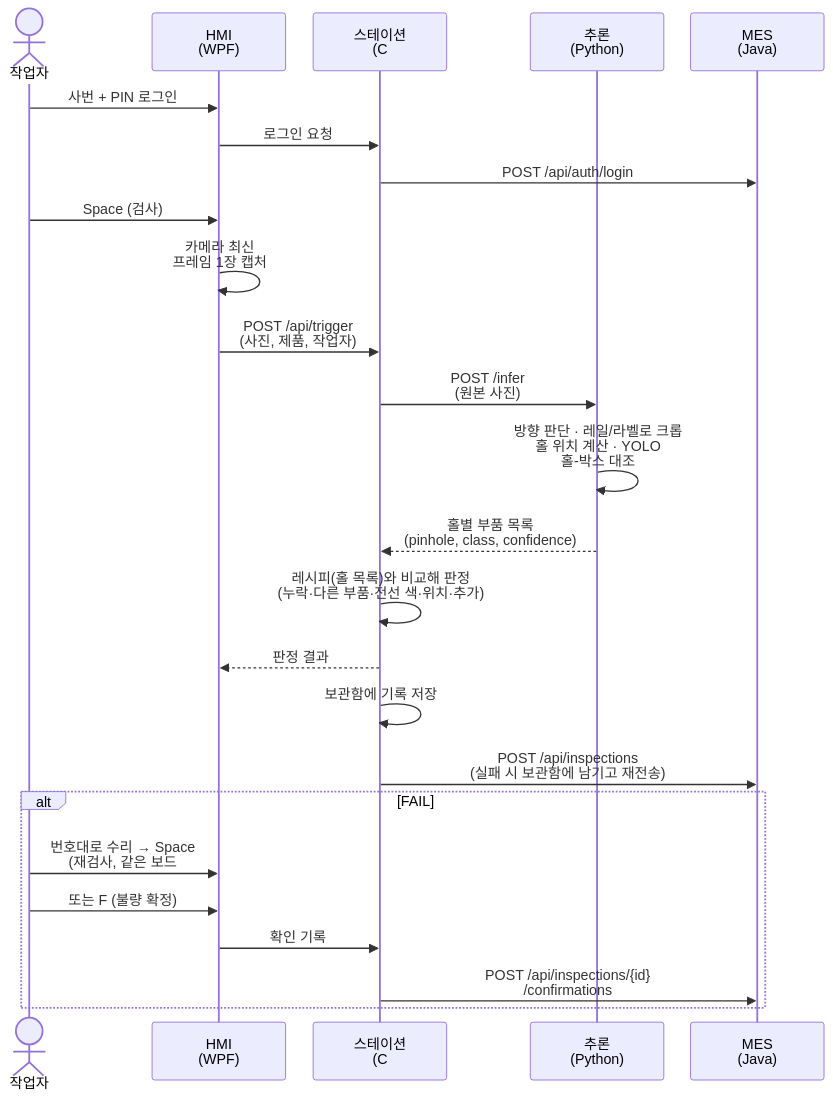
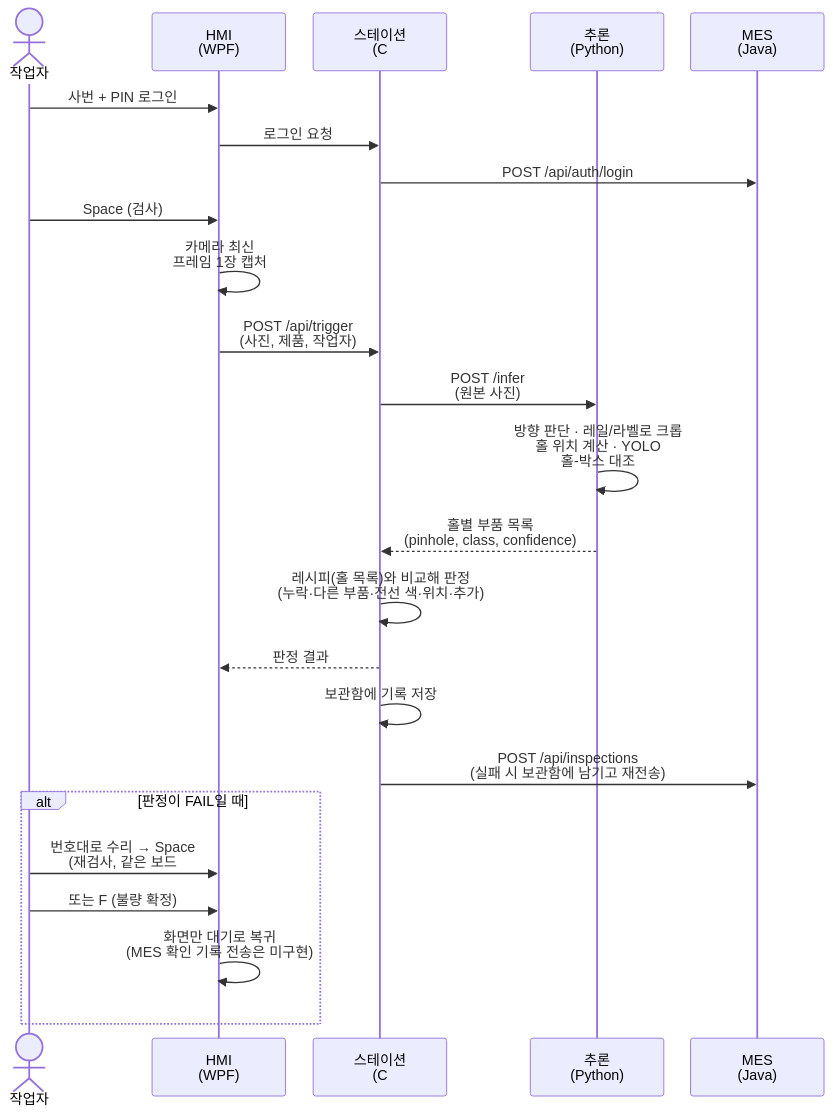
One commit to Nana2828/SF_pcb_aoi_station changed the third of 5 diagrams in README.md. Above: the diagram before and after it, drawn with Mermaid. The commit also changed other lines of this file and 53 other files, not shown here.

````diff
--- a/README.md
+++ b/README.md
@@ -131,29 +131,28 @@
 ```mermaid
 %%{init: {"themeVariables": {"fontSize": "20px"}, "sequence": {"actorFontSize": 20, "messageFontSize": 18, "noteFontSize": 18, "actorMargin": 30, "messageMargin": 36, "boxMargin": 8}}}%%
 sequenceDiagram
     actor 작업자
     participant HMI as HMI<br/>(WPF)
     participant ST as 스테이션<br/>(C#)
     participant INF as 추론<br/>(Python)
     participant MES as MES<br/>(Java)
 
     작업자->>HMI: 사번 + PIN 로그인
     HMI->>ST: 로그인 요청
     ST->>MES: POST /api/auth/login
     작업자->>HMI: Space (검사)
     HMI->>HMI: 카메라 최신<br/>프레임 1장 캡처
     HMI->>ST: POST /api/trigger<br/>(사진, 제품, 작업자)
     ST->>INF: POST /infer<br/>(원본 사진)
     INF->>INF: 방향 판단 · 레일/라벨로 크롭<br/>홀 위치 계산 · YOLO<br/>홀-박스 대조
     INF-->>ST: 홀별 부품 목록<br/>(pinhole, class, confidence)
     ST->>ST: 레시피(홀 목록)와 비교해 판정<br/>(누락·다른 부품·전선 색·위치·추가)
     ST-->>HMI: 판정 결과
     ST->>ST: 보관함에 기록 저장
     ST->>MES: POST /api/inspections<br/>(실패 시 보관함에 남기고 재전송)
-    alt FAIL
+    alt 판정이 FAIL일 때
         작업자->>HMI: 번호대로 수리 → Space<br/>(재검사, 같은 보드 #0007-2)
         작업자->>HMI: 또는 F (불량 확정)
-        HMI->>ST: 확인 기록
-        ST->>MES: POST /api/inspections/{id}<br/>/confirmations
+        HMI->>HMI: 화면만 대기로 복귀<br/>(MES 확인 기록 전송은 미구현)
     end
 ```
````
